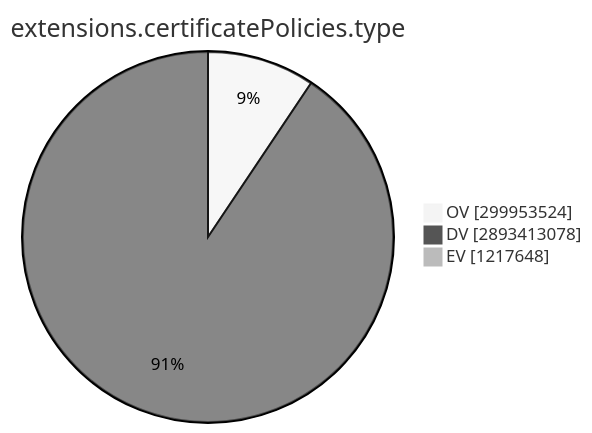
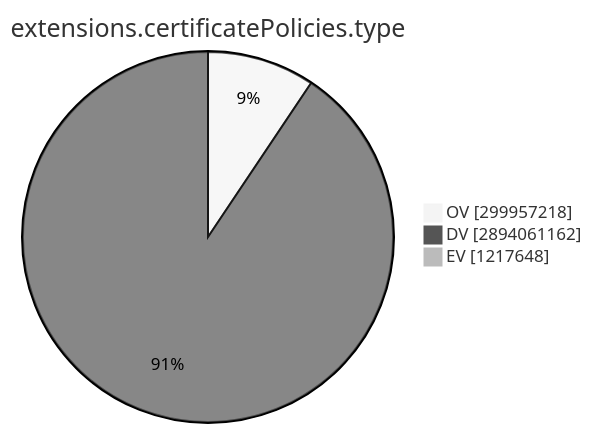
Before and after one commit to christiankrug/ctmonitor_visualization: the ninth of 15 diagrams in TOTAL/README.md, drawn with Mermaid (neutral theme). The commit also changed other lines of this file, not shown here.

````diff
--- a/TOTAL/README.md
+++ b/TOTAL/README.md
@@ -3101,7 +3101,7 @@
 ```mermaid
 pie showData
 title extensions.certificatePolicies.type
-"OV" :299953524
-"DV" :2893413078
+"OV" :299957218
+"DV" :2894061162
 "EV" :1217648
 ```
````
